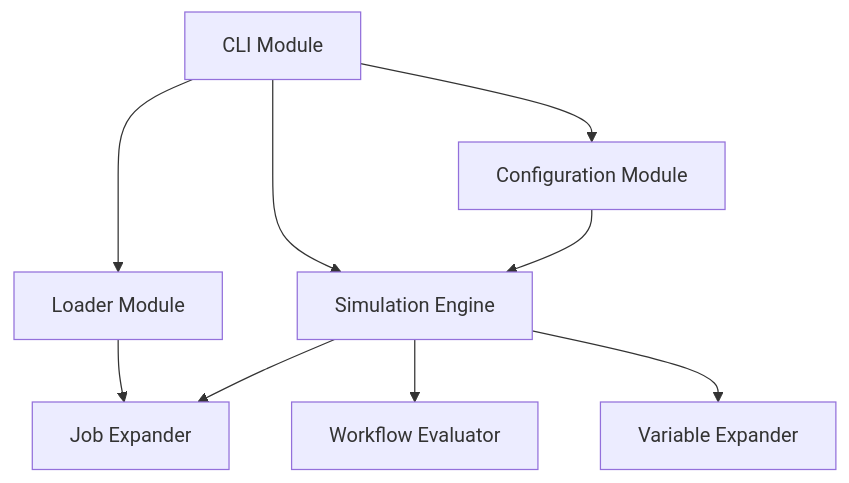
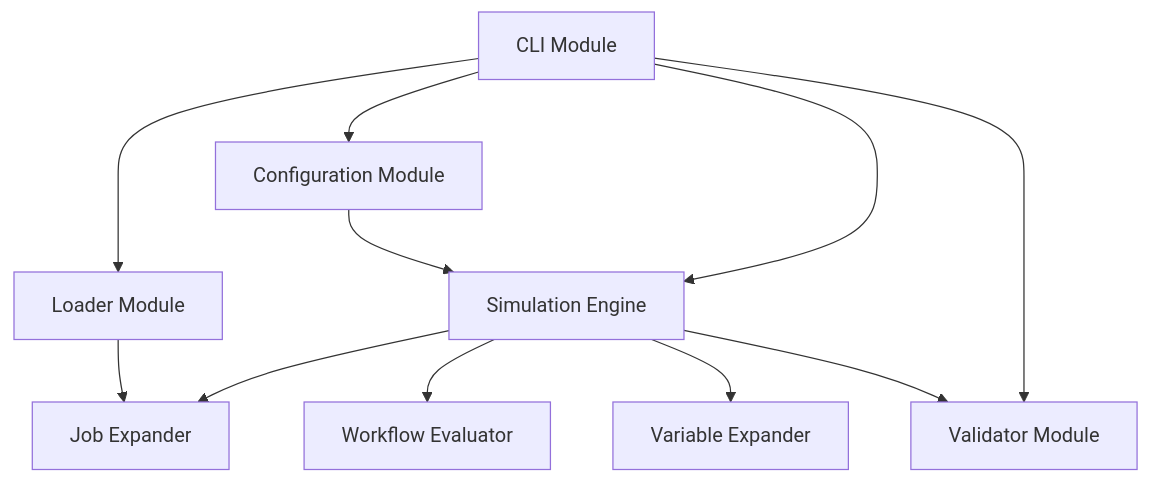
The diagram in memory-bank/systemPatterns.md (Zvord/cimulator), drawn with Mermaid before and after one commit. The commit also changed other lines of this file and 9 other files, not shown here.

````diff
--- a/memory-bank/systemPatterns.md
+++ b/memory-bank/systemPatterns.md
@@ -7,14 +7,16 @@
 ```mermaid
 flowchart TD
     CLI[CLI Module] --> Loader[Loader Module]
     CLI --> Config[Configuration Module]
     CLI --> SimEngine[Simulation Engine]
+    CLI --> Validator[Validator Module]
 
     Loader --> JobExpander[Job Expander]
 
     SimEngine --> JobExpander
     SimEngine --> Workflow[Workflow Evaluator]
     SimEngine --> VarExpander[Variable Expander]
+    SimEngine --> Validator
 
     Config --> SimEngine
 ```
````
